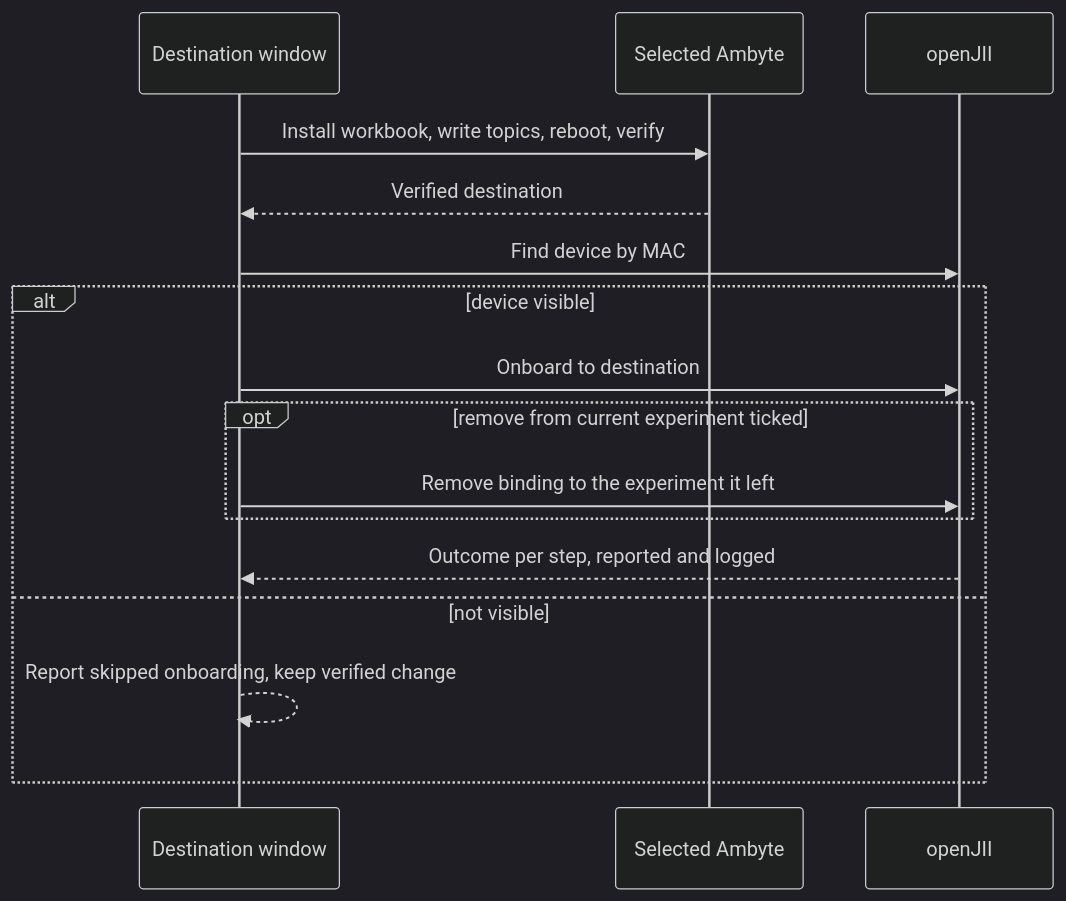
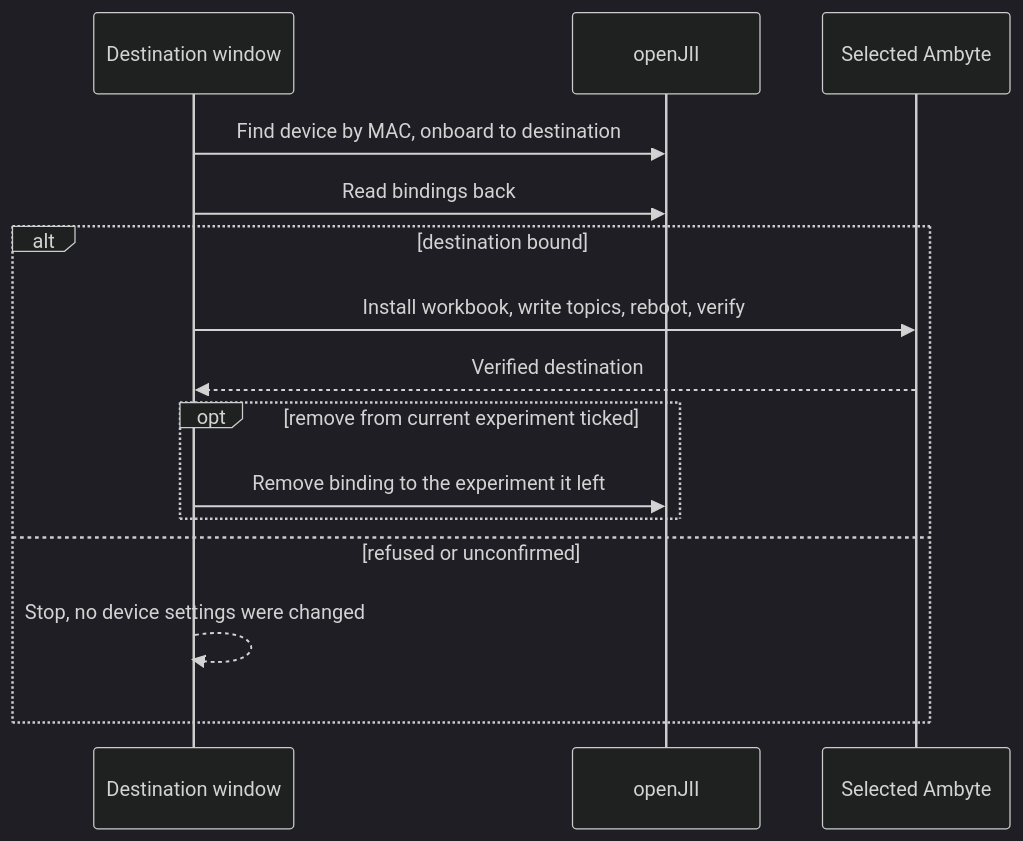
The first of 4 diagrams in docs/usb-experiment-maintenance.md (Jan-IngenHousz-Institute/ambyte-iot), drawn with Mermaid (dark theme) before and after one commit. The commit also changed other lines of this file and 6 other files, not shown here.

First line of the commit message:
feat(flash-gui): onboard on openJII before the device change and confirm it

````diff
--- a/docs/usb-experiment-maintenance.md
+++ b/docs/usb-experiment-maintenance.md
@@ -35,18 +50,17 @@
 ```mermaid
 sequenceDiagram
     participant GUI as Destination window
+    participant API as openJII
     participant USB as Selected Ambyte
-    participant API as openJII
-    GUI->>USB: Install workbook, write topics, reboot, verify
-    USB-->>GUI: Verified destination
-    GUI->>API: Find device by MAC
-    alt device visible
-        GUI->>API: Onboard to destination
+    GUI->>API: Find device by MAC, onboard to destination
+    GUI->>API: Read bindings back
+    alt destination bound
+        GUI->>USB: Install workbook, write topics, reboot, verify
+        USB-->>GUI: Verified destination
         opt remove from current experiment ticked
             GUI->>API: Remove binding to the experiment it left
         end
-        API-->>GUI: Outcome per step, reported and logged
-    else not visible
-        GUI-->>GUI: Report skipped onboarding, keep verified change
+    else refused or unconfirmed
+        GUI-->>GUI: Stop, no device settings were changed
     end
 ```
````
